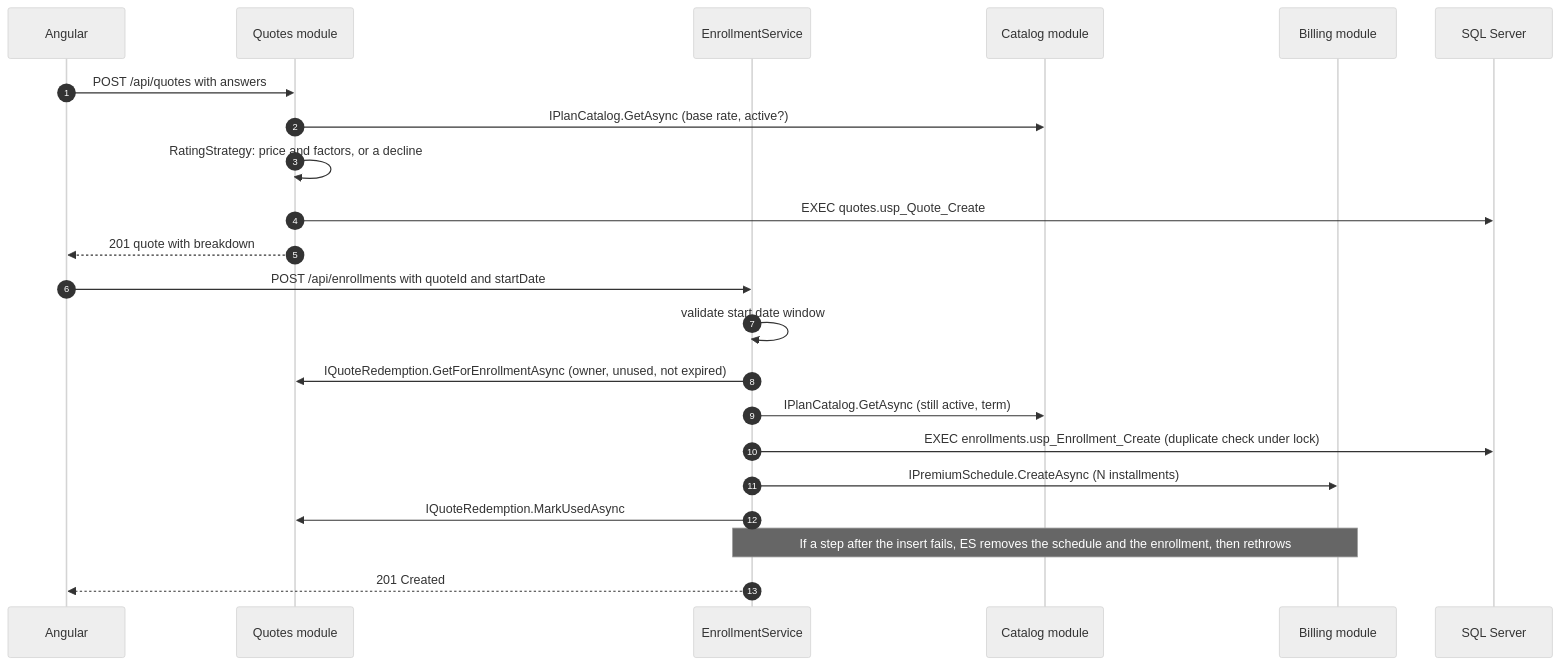
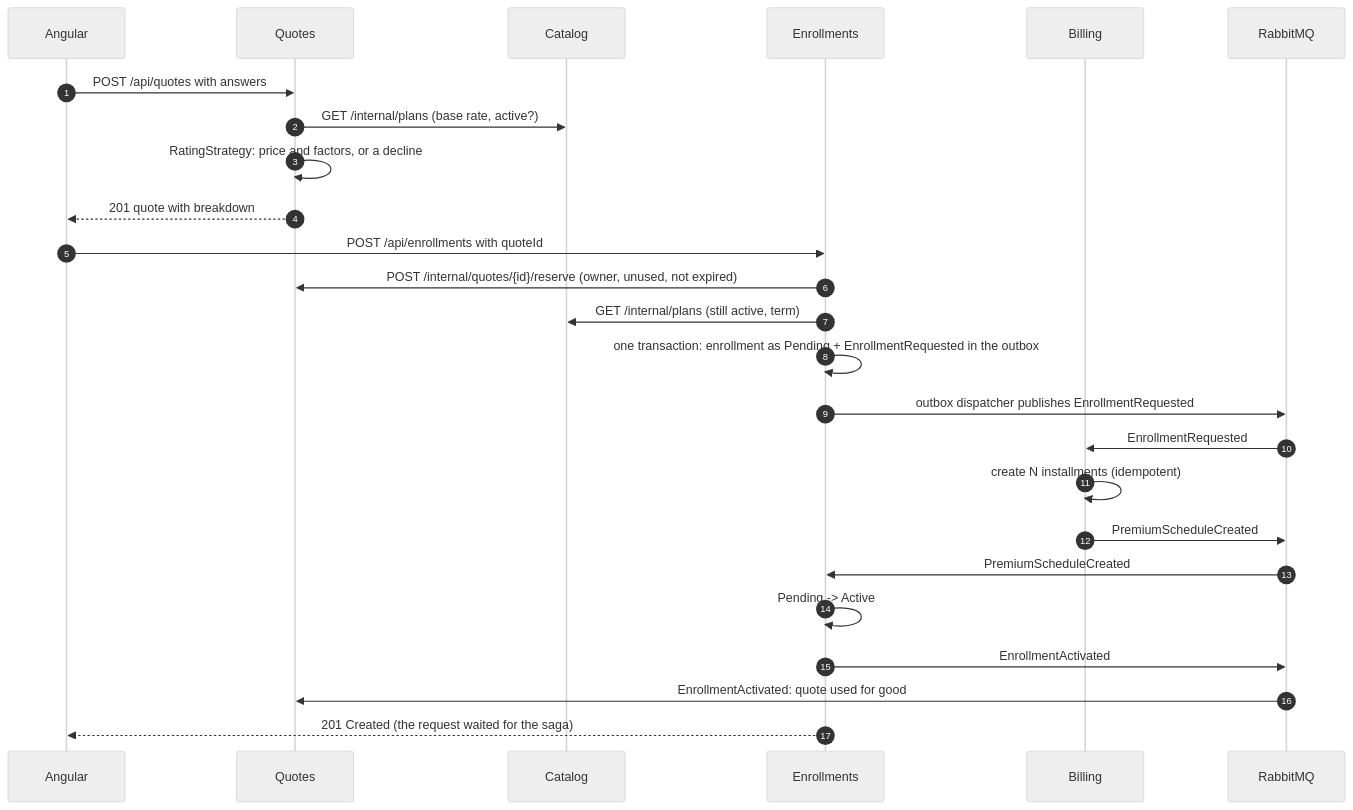
One commit to organizedanvrchy/Insurance-Full-Stack-App changed the fifth of 11 diagrams in docs/ARCHITECTURE.md. Above: the diagram before and after it, drawn with Mermaid (neutral theme). The commit also changed other lines of this file and 253 other files, not shown here.

````diff
--- a/docs/ARCHITECTURE.md
+++ b/docs/ARCHITECTURE.md
@@ -159,24 +176,27 @@
 ```mermaid
 sequenceDiagram
     autonumber
     participant A as Angular
-    participant QS as Quotes module
-    participant ES as EnrollmentService
-    participant C as Catalog module
-    participant B as Billing module
-    participant D as SQL Server
-    A->>QS: POST /api/quotes with answers
-    QS->>C: IPlanCatalog.GetAsync (base rate, active?)
-    QS->>QS: RatingStrategy: price and factors, or a decline
-    QS->>D: EXEC quotes.usp_Quote_Create
-    QS-->>A: 201 quote with breakdown
-    A->>ES: POST /api/enrollments with quoteId and startDate
-    ES->>ES: validate start date window
-    ES->>QS: IQuoteRedemption.GetForEnrollmentAsync (owner, unused, not expired)
-    ES->>C: IPlanCatalog.GetAsync (still active, term)
-    ES->>D: EXEC enrollments.usp_Enrollment_Create (duplicate check under lock)
-    ES->>B: IPremiumSchedule.CreateAsync (N installments)
-    ES->>QS: IQuoteRedemption.MarkUsedAsync
-    Note over ES,B: If a step after the insert fails, ES removes the schedule and the enrollment, then rethrows
-    ES-->>A: 201 Created
+    participant Q as Quotes
+    participant C as Catalog
+    participant E as Enrollments
+    participant B as Billing
+    participant MQ as RabbitMQ
+    A->>Q: POST /api/quotes with answers
+    Q->>C: GET /internal/plans (base rate, active?)
+    Q->>Q: RatingStrategy: price and factors, or a decline
+    Q-->>A: 201 quote with breakdown
+    A->>E: POST /api/enrollments with quoteId
+    E->>Q: POST /internal/quotes/{id}/reserve (owner, unused, not expired)
+    E->>C: GET /internal/plans (still active, term)
+    E->>E: one transaction: enrollment as Pending + EnrollmentRequested in the outbox
+    E->>MQ: outbox dispatcher publishes EnrollmentRequested
+    MQ->>B: EnrollmentRequested
+    B->>B: create N installments (idempotent)
+    B->>MQ: PremiumScheduleCreated
+    MQ->>E: PremiumScheduleCreated
+    E->>E: Pending -> Active
+    E->>MQ: EnrollmentActivated
+    MQ->>Q: EnrollmentActivated: quote used for good
+    E-->>A: 201 Created (the request waited for the saga)
 ```
````
